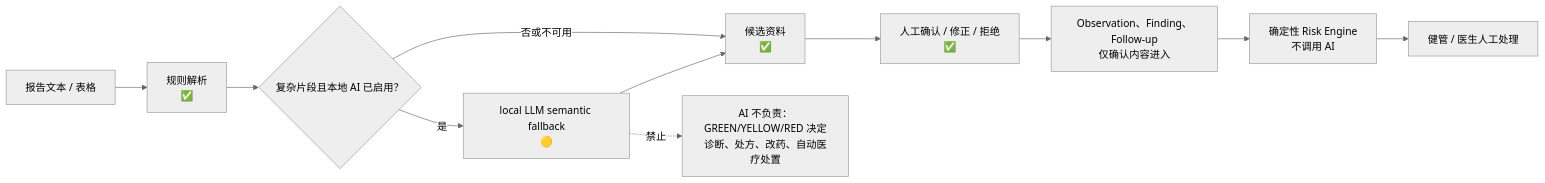
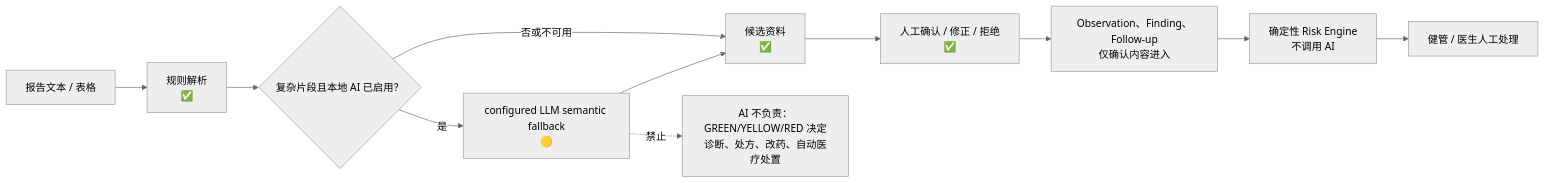
The second of 2 diagrams in docs/architecture/01_PLATFORM_OVERVIEW.md (KaedeharaT/executive-healthops), drawn with Mermaid (neutral theme) before and after one commit. The commit also changed other lines of this file and 19 other files, not shown here.

````diff
--- a/docs/architecture/01_PLATFORM_OVERVIEW.md
+++ b/docs/architecture/01_PLATFORM_OVERVIEW.md
@@ -72,15 +72,15 @@
 ```mermaid
 flowchart LR
   reportText[报告文本 / 表格] --> parser[规则解析\n✅]
   parser --> decision{复杂片段且本地 AI 已启用？}
-  decision -- 是 --> local_llm[local LLM semantic fallback\n🟡]
+  decision -- 是 --> local_llm[configured LLM semantic fallback\n🟡]
   decision -- 否或不可用 --> candidates[候选资料\n✅]
   local_llm --> candidates
   candidates --> human[人工确认 / 修正 / 拒绝\n✅]
   human --> canonical[Observation、Finding、Follow-up\n仅确认内容进入]
   canonical --> deterministic[确定性 Risk Engine\n不调用 AI]
   deterministic --> humanOps[健管 / 医生人工处理]
 
   forbidden[AI 不负责：\nGREEN/YELLOW/RED 决定\n诊断、处方、改药、自动医疗处置]
   local_llm -.禁止.-> forbidden
 ```
````
